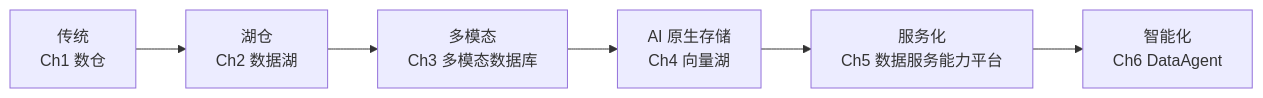
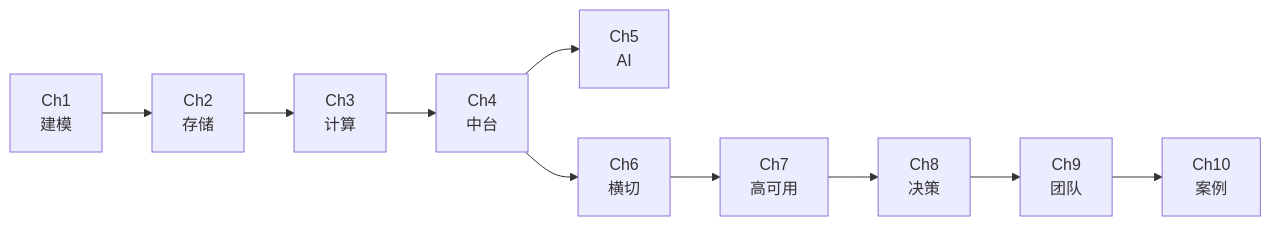
One commit to QuanhongDing/data-travel changed the diagram in README.md. Above: the diagram before and after it, drawn with Mermaid. The commit also changed other lines of this file and 20 other files, not shown here.

````diff
--- a/README.md
+++ b/README.md
@@ -55,8 +68,12 @@
 ```mermaid
 flowchart LR
-  A["传统<br/>Ch1 数仓"] --> B["湖仓<br/>Ch2 数据湖"]
-  B --> C["多模态<br/>Ch3 多模态数据库"]
-  C --> D["AI 原生存储<br/>Ch4 向量湖"]
-  D --> E["服务化<br/>Ch5 数据服务能力平台"]
-  E --> F["智能化<br/>Ch6 DataAgent"]
+  A["Ch1<br/>建模"] --> B["Ch2<br/>存储"]
+  B --> C["Ch3<br/>计算"]
+  C --> D["Ch4<br/>中台"]
+  D --> E["Ch5<br/>AI"]
+  D --> F["Ch6<br/>横切"]
+  F --> G["Ch7<br/>高可用"]
+  G --> H["Ch8<br/>决策"]
+  H --> I["Ch9<br/>团队"]
+  I --> J["Ch10<br/>案例"]
 ```
````
